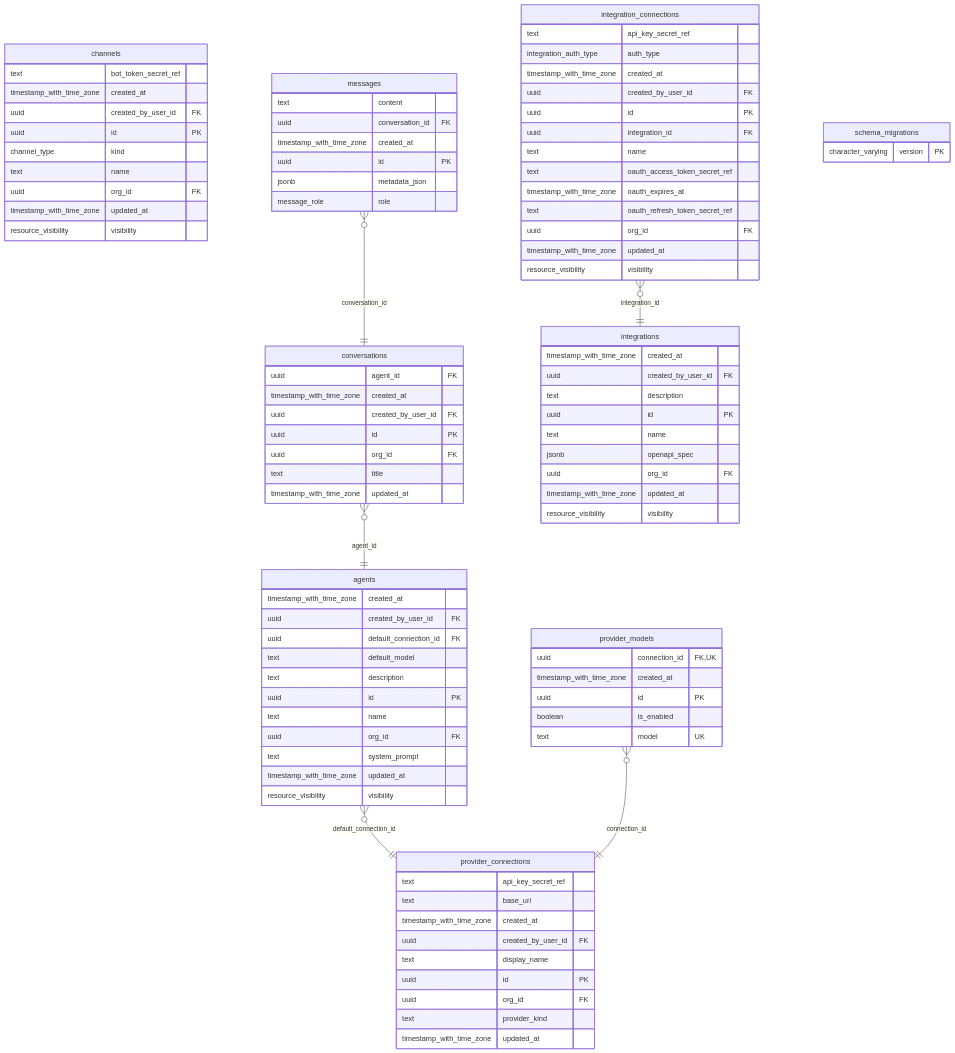
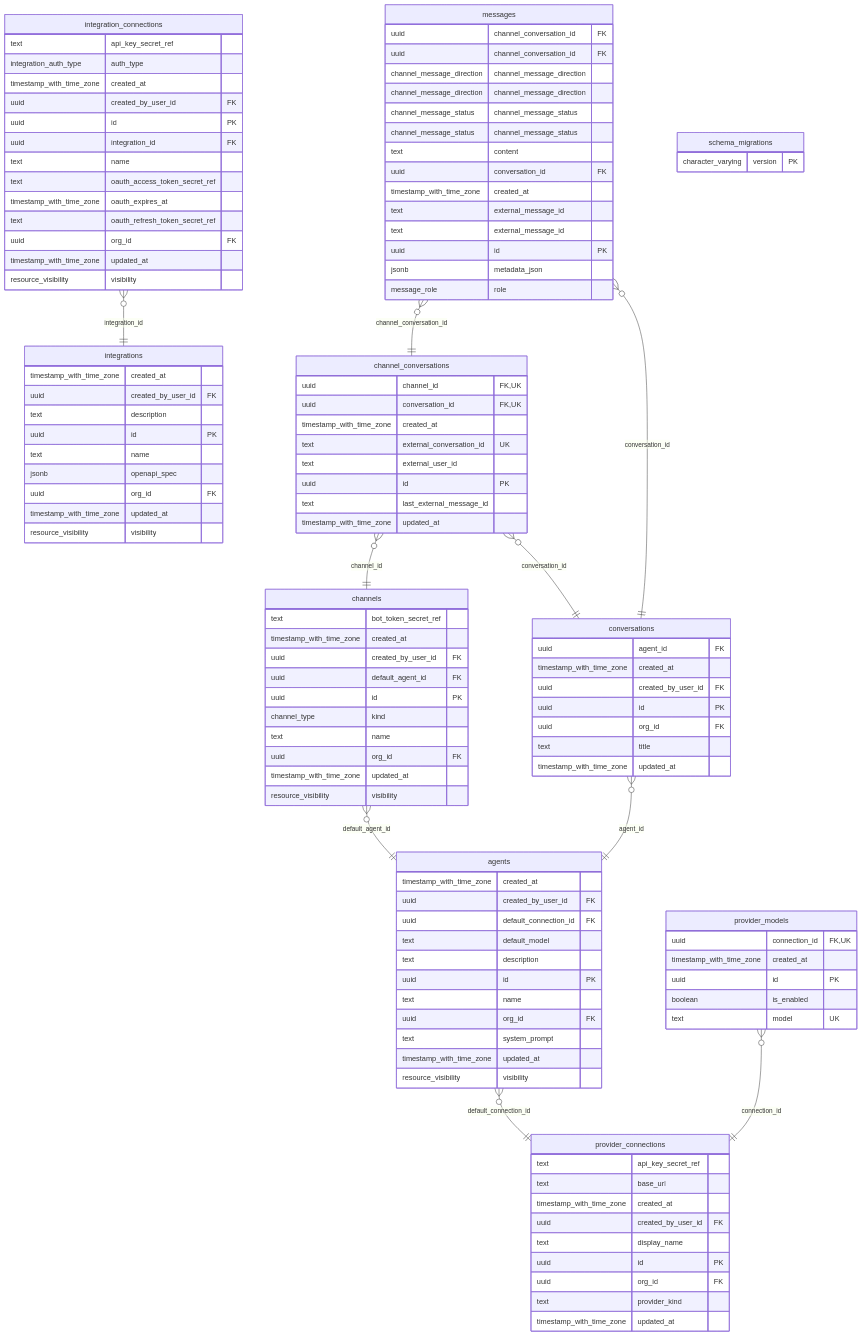
The third of 3 diagrams in crates/db/README.md (purton-tech/agent-octo), drawn with Mermaid before and after one commit.

Commit message:
Update diagram

```diff
--- a/crates/db/README.md
+++ b/crates/db/README.md
@@ -115,10 +115,22 @@
         resource_visibility visibility 
     }
 
+    channel_conversations {
+        uuid channel_id FK,UK 
+        uuid conversation_id FK,UK 
+        timestamp_with_time_zone created_at 
+        text external_conversation_id UK 
+        text external_user_id 
+        uuid id PK 
+        text last_external_message_id 
+        timestamp_with_time_zone updated_at 
+    }
+
     channels {
         text bot_token_secret_ref 
         timestamp_with_time_zone created_at 
         uuid created_by_user_id FK 
+        uuid default_agent_id FK 
         uuid id PK 
         channel_type kind 
         text name 
@@ -166,9 +178,17 @@
     }
 
     messages {
+        uuid channel_conversation_id FK 
+        uuid channel_conversation_id FK 
+        channel_message_direction channel_message_direction 
+        channel_message_direction channel_message_direction 
+        channel_message_status channel_message_status 
+        channel_message_status channel_message_status 
         text content 
         uuid conversation_id FK 
         timestamp_with_time_zone created_at 
+        text external_message_id 
+        text external_message_id 
         uuid id PK 
         jsonb metadata_json 
         message_role role 
@@ -199,7 +219,11 @@
     }
 
     agents }o--|| provider_connections : "default_connection_id"
+    channels }o--|| agents : "default_agent_id"
     conversations }o--|| agents : "agent_id"
+    channel_conversations }o--|| channels : "channel_id"
+    channel_conversations }o--|| conversations : "conversation_id"
+    messages }o--|| channel_conversations : "channel_conversation_id"
     messages }o--|| conversations : "conversation_id"
     integration_connections }o--|| integrations : "integration_id"
     provider_models }o--|| provider_connections : "connection_id"
```
